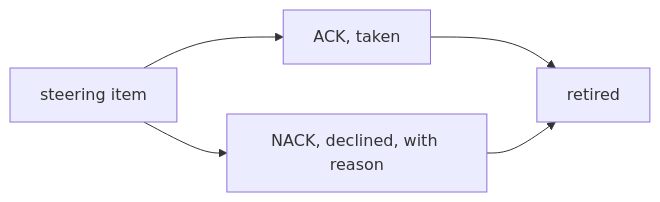
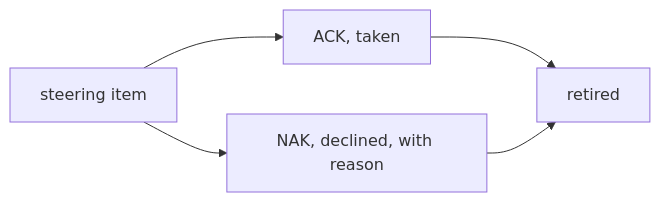
Before and after one commit to infimalabs/spice-rust: the third of 23 diagrams in docs/product/value.md, drawn with Mermaid. The commit also changed other lines of this file and 43 other files, not shown here.

Commit message:
Align ACK grammar and rename NACK to NAK

````diff
--- a/docs/product/value.md
+++ b/docs/product/value.md
@@ -74,7 +74,7 @@
 ```mermaid
 flowchart LR
   I["steering item"] --> A["ACK, taken"]
-  I --> N["NACK, declined, with reason"]
+  I --> N["NAK, declined, with reason"]
   A --> R[retired]
   N --> R
 ```
````
